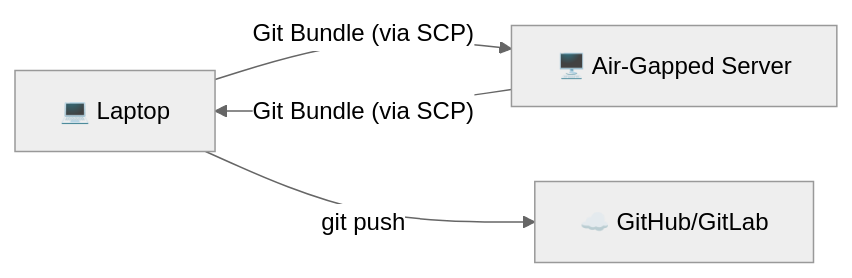
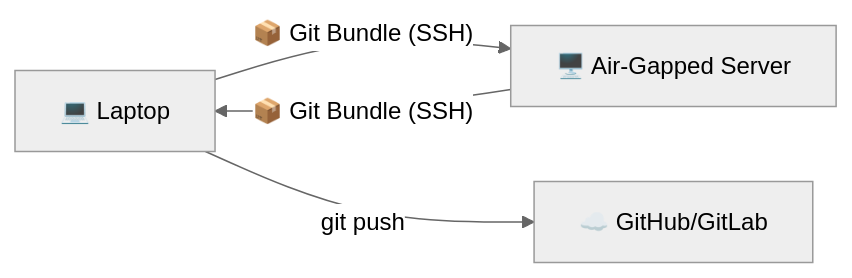
Before and after one commit to 10xdev4u-alt/gitsynq: the diagram in README.md, drawn with Mermaid (neutral theme). The commit also changed other lines of this file, not shown here.

Commit message:
docs: revamp README to be fun, engaging, and link to roadmap

````diff
--- a/README.md
+++ b/README.md
@@ -87,6 +111,6 @@
 ```mermaid
 graph LR
-    A[💻 Laptop] -- Git Bundle (via SCP) --> B[🖥️ Air-Gapped Server]
-    B -- Git Bundle (via SCP) --> A
-    A -- git push --> C[☁️ GitHub/GitLab]
+    A[💻 Laptop] -- "📦 Git Bundle (SSH)" --> B[🖥️ Air-Gapped Server]
+    B -- "📦 Git Bundle (SSH)" --> A
+    A -- "git push" --> C[☁️ GitHub/GitLab]
 ```
````
